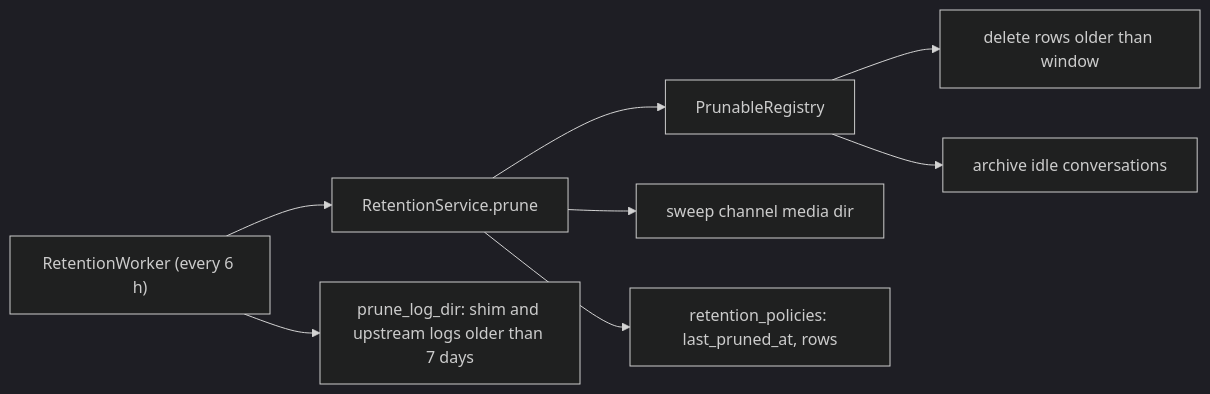
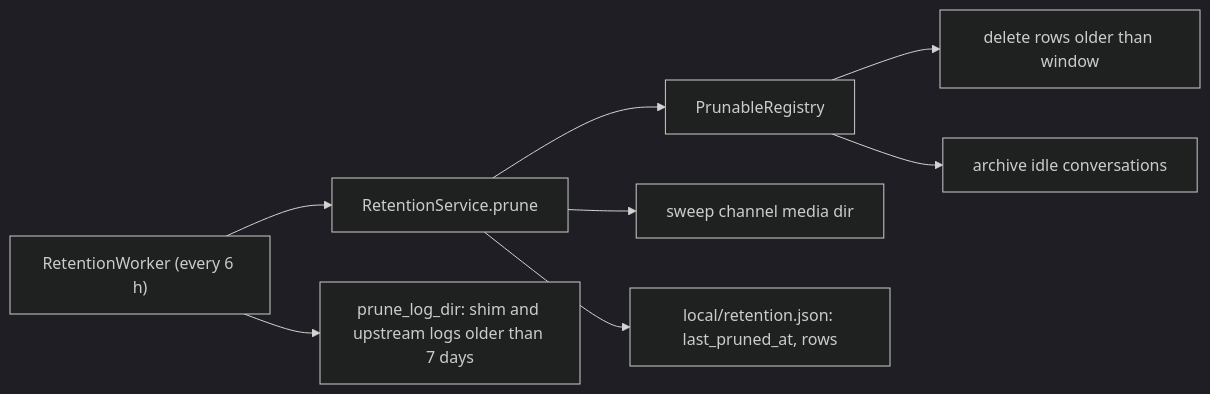
The second of 3 diagrams in docs-site/architecture/observability.md (wyx-sg/Coffer), drawn with Mermaid (dark theme) before and after one commit. The commit also changed other lines of this file and 70 other files, not shown here.

````diff
--- a/docs-site/architecture/observability.md
+++ b/docs-site/architecture/observability.md
@@ -223,10 +223,10 @@
 ```mermaid
 flowchart LR
     W["RetentionWorker (every 6 h)"] --> S["RetentionService.prune"]
     S --> R["PrunableRegistry"]
     R --> T1["delete rows older than window"]
     R --> T2["archive idle conversations"]
     S --> M["sweep channel media dir"]
     W --> F["prune_log_dir: shim and upstream logs older than 7 days"]
-    S --> P["retention_policies: last_pruned_at, rows"]
+    S --> P["local/retention.json: last_pruned_at, rows"]
 ```
````
